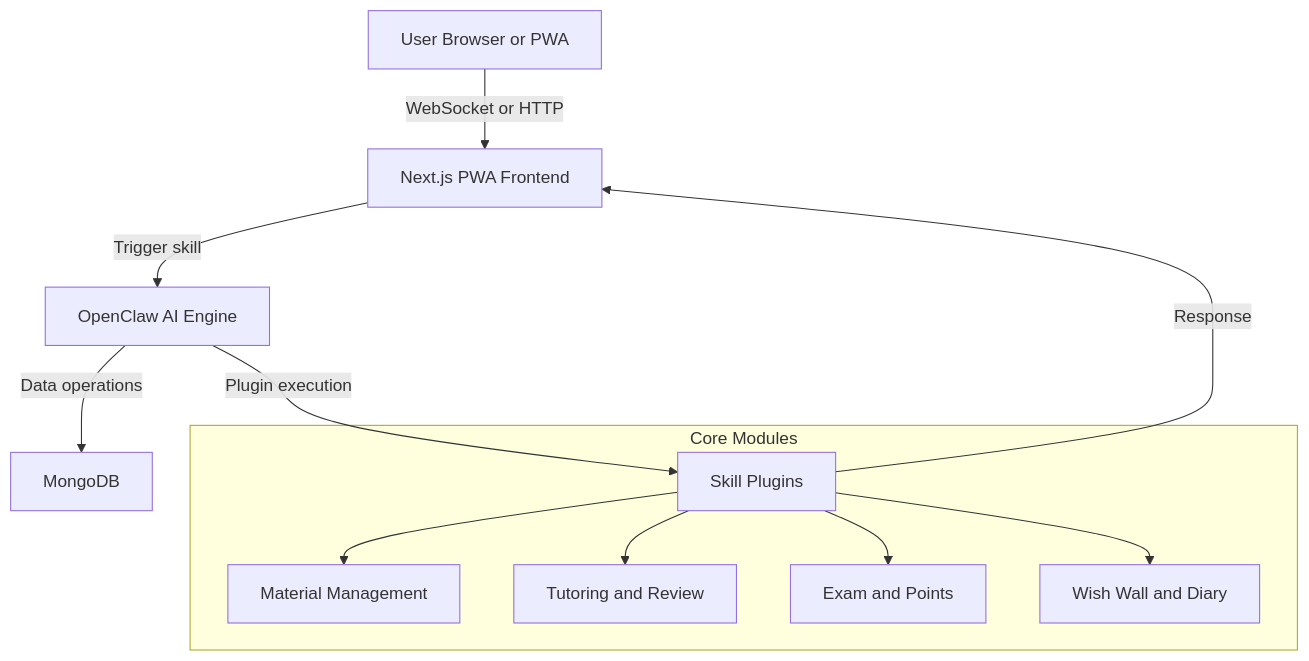
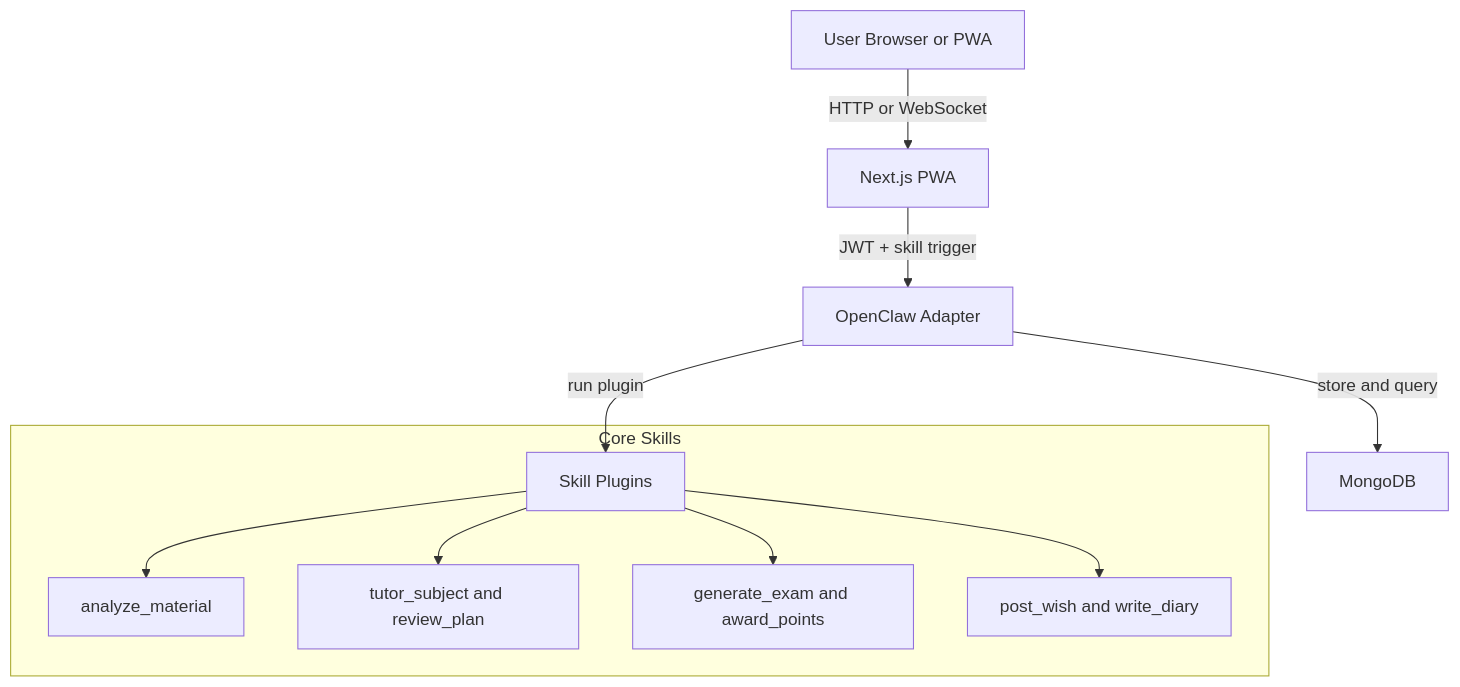
Before and after one commit to miloyuans/smartlearn-claw: the diagram in README.md, drawn with Mermaid. The commit also changed other lines of this file and 26 other files, not shown here.

````diff
--- a/README.md
+++ b/README.md
@@ -8,15 +12,14 @@
 ```mermaid
 graph TD
-    A[User Browser or PWA] -->|WebSocket or HTTP| B[Next.js PWA Frontend]
-    B -->|Trigger skill| C[OpenClaw AI Engine]
-    C -->|Data operations| D[MongoDB]
-    C -->|Plugin execution| E[Skill Plugins]
-    E -->|Response| B
+    A[User Browser or PWA] -->|HTTP or WebSocket| B[Next.js PWA]
+    B -->|JWT + skill trigger| C[OpenClaw Adapter]
+    C -->|run plugin| D[Skill Plugins]
+    C -->|store and query| E[MongoDB]
 
-    subgraph Core Modules
-      E --> F[Material Management]
-      E --> G[Tutoring and Review]
-      E --> H[Exam and Points]
-      E --> I[Wish Wall and Diary]
+    subgraph Core Skills
+      D --> F[analyze_material]
+      D --> G[tutor_subject and review_plan]
+      D --> H[generate_exam and award_points]
+      D --> I[post_wish and write_diary]
     end
 ```
````
